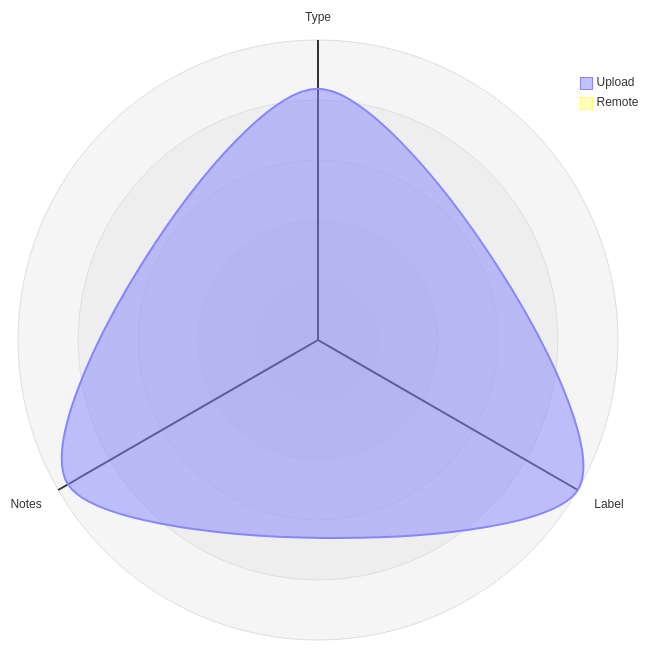
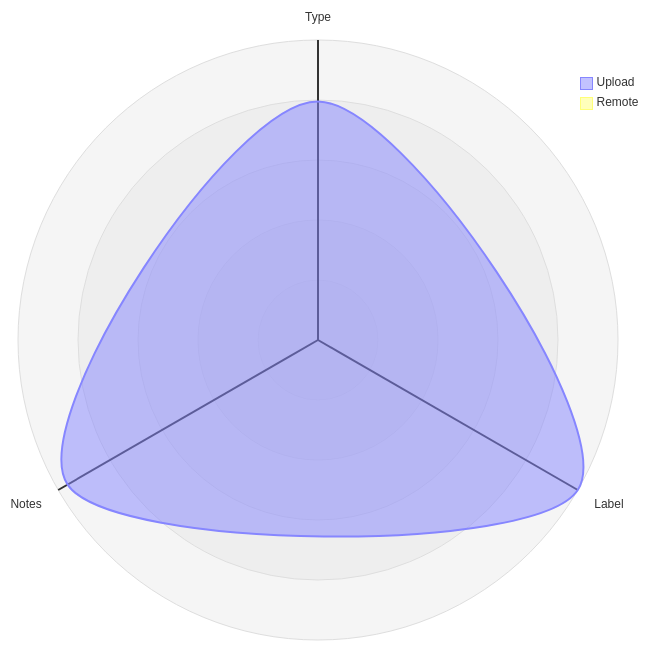
Before and after one commit to open-data/analytics-corporate-reporting: the third of 5 diagrams in datastore_tracker/README.md, drawn with Mermaid. The commit also changed 4 other files, not shown here.

````diff
--- a/datastore_tracker/README.md
+++ b/datastore_tracker/README.md
@@ -105,12 +105,12 @@
 ```mermaid
 radar-beta
   axis T["Type"], L["Label"], N["Notes"]
-  curve u["Upload"]{0.00067, 0.0008, 0.00077}
+  curve u["Upload"]{0.00066, 0.00083, 0.0008}
   curve r["Remote"]{0, 0, 0}
 
   showLegend true
 
   min 0
   graticule circle
   ticks 5
 ```
````
